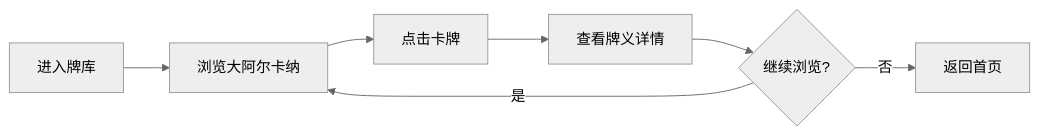
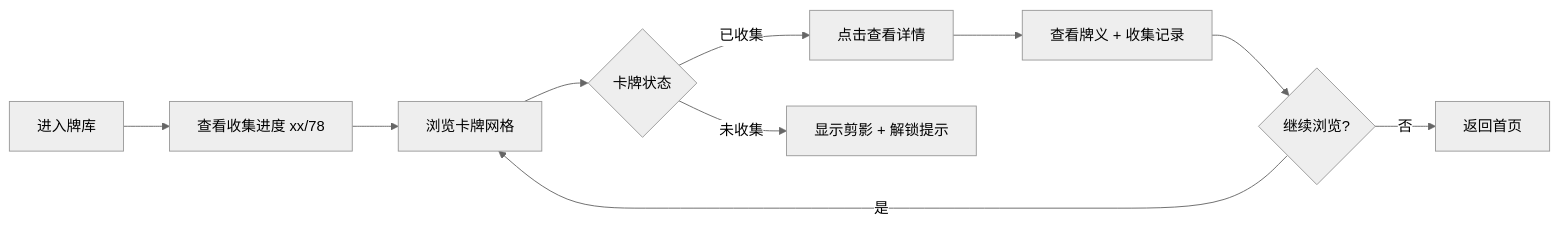
Before and after one commit to Yangiton/tarot: the fifth of 6 diagrams in docs/product/PRD.md, drawn with Mermaid (neutral theme). The commit also changed other lines of this file, not shown here.

````diff
--- a/docs/product/PRD.md
+++ b/docs/product/PRD.md
@@ -193,9 +358,12 @@
 ```mermaid
 flowchart LR
-    A[进入牌库] --> B[浏览大阿尔卡纳]
-    B --> C[点击卡牌]
-    C --> D[查看牌义详情]
-    D --> E{继续浏览?}
-    E -->|是| B
-    E -->|否| F[返回首页]
+    A[进入牌库] --> B[查看收集进度 xx/78]
+    B --> C[浏览卡牌网格]
+    C --> D{卡牌状态}
+    D -->|已收集| E[点击查看详情]
+    D -->|未收集| F[显示剪影 + 解锁提示]
+    E --> G[查看牌义 + 收集记录]
+    G --> H{继续浏览?}
+    H -->|是| C
+    H -->|否| I[返回首页]
 ```
````
